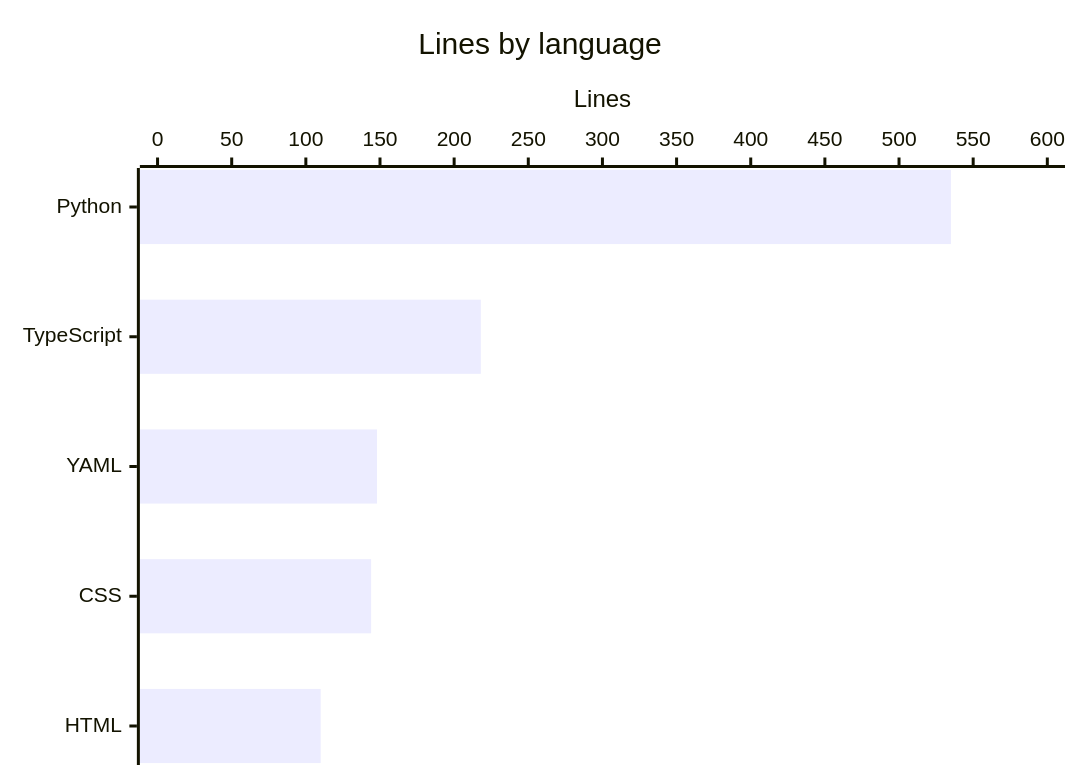
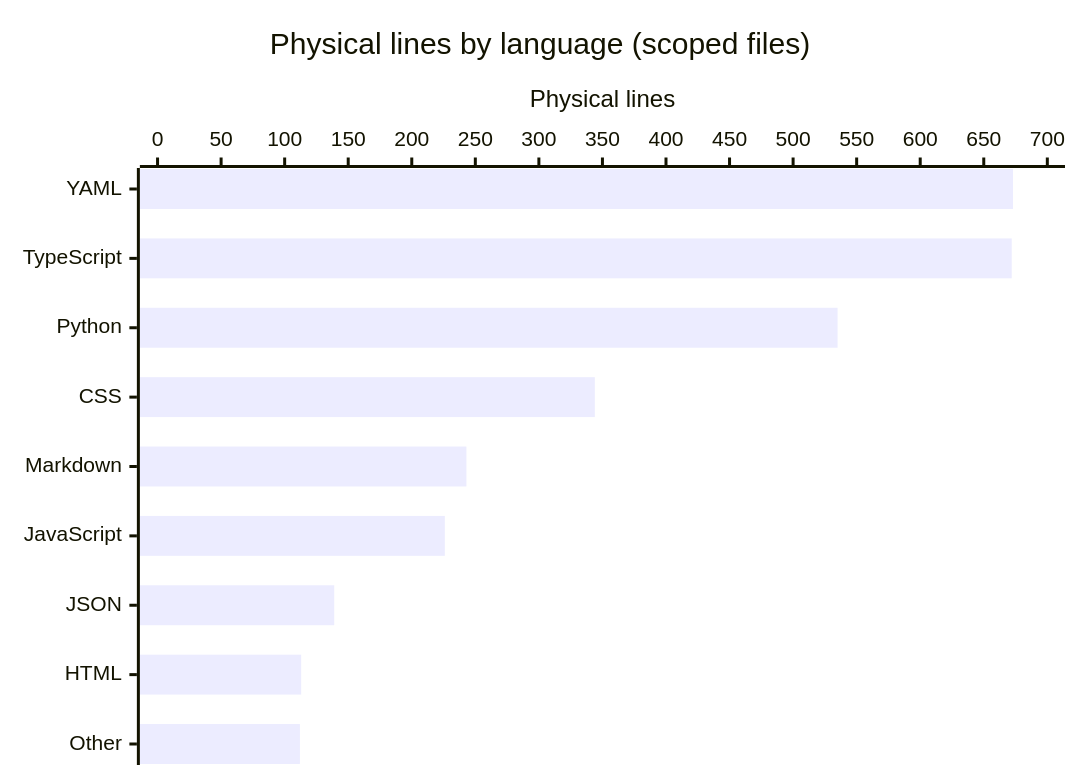
Before and after one commit to FranklinP44/ikigai: the diagram in droid-wiki/by-the-numbers.md, drawn with Mermaid. The commit also changed other lines of this file and 28 other files, not shown here.

````diff
--- a/droid-wiki/by-the-numbers.md
+++ b/droid-wiki/by-the-numbers.md
@@ -22,7 +28,7 @@
 ```mermaid
 xychart-beta horizontal
-    title "Lines by language"
-    x-axis [Python, TypeScript, YAML, CSS, HTML]
-    y-axis "Lines" 0 --> 600
-    bar [535, 218, 148, 144, 110]
+    title "Physical lines by language (scoped files)"
+    x-axis [YAML, TypeScript, Python, CSS, Markdown, JavaScript, JSON, HTML, Other]
+    y-axis "Physical lines" 0 --> 700
+    bar [673, 672, 535, 344, 243, 226, 139, 113, 112]
 ```
````
